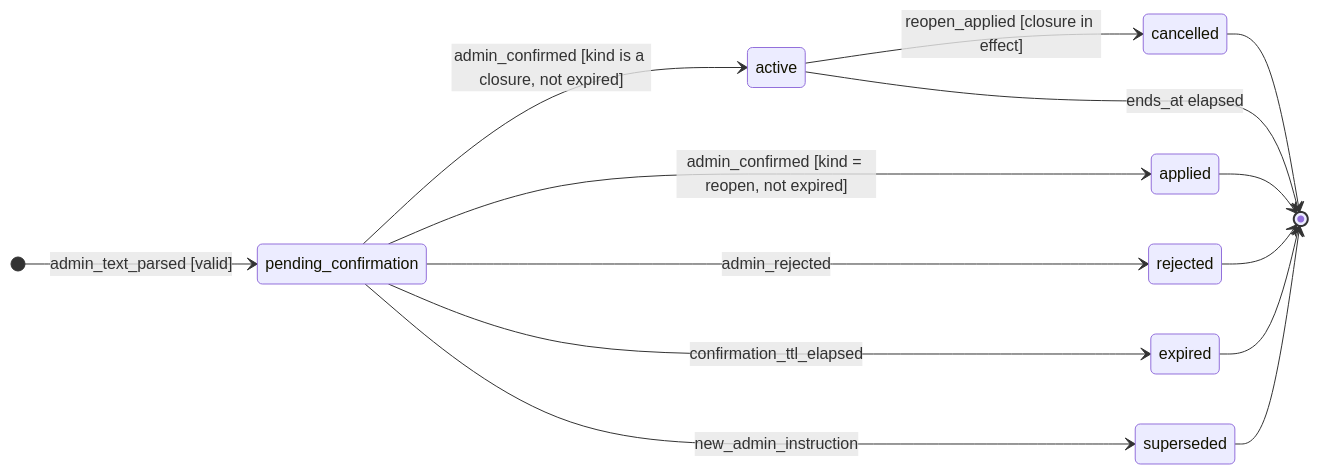
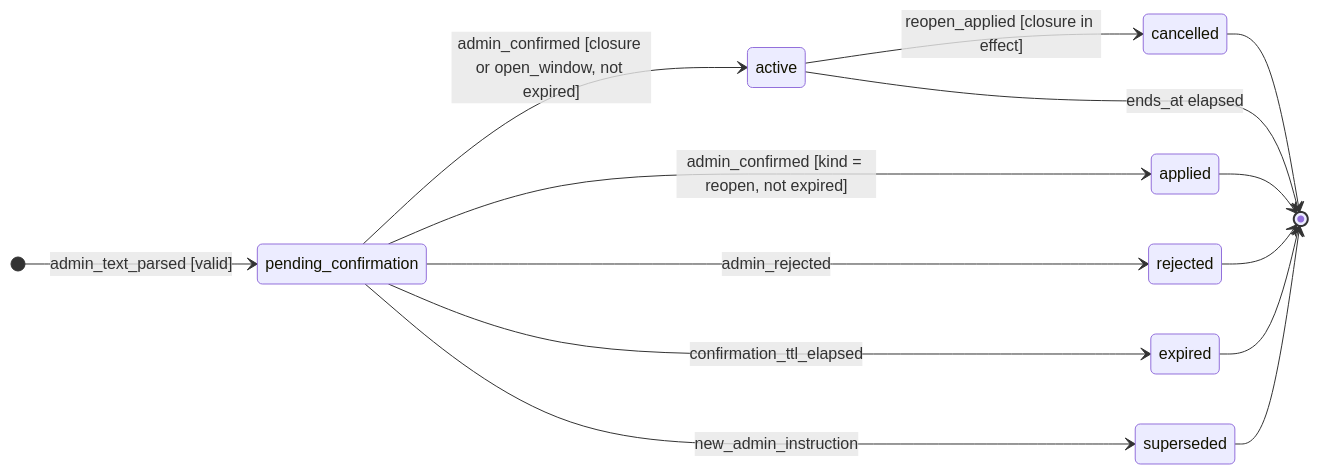
Before and after one commit to KevOrtega/ya-voy-automation-whatsapp: the second of 2 diagrams in docs/03-estados-pedido.md, drawn with Mermaid. The commit also changed other lines of this file and 8 other files, not shown here.

````diff
--- a/docs/03-estados-pedido.md
+++ b/docs/03-estados-pedido.md
@@ -130,17 +166,17 @@
 ```mermaid
 stateDiagram-v2
     direction LR
     [*] --> pending_confirmation: admin_text_parsed [valid]
-    pending_confirmation --> active: admin_confirmed [kind is a closure, not expired]
+    pending_confirmation --> active: admin_confirmed [closure or open_window, not expired]
     pending_confirmation --> applied: admin_confirmed [kind = reopen, not expired]
     pending_confirmation --> rejected: admin_rejected
     pending_confirmation --> expired: confirmation_ttl_elapsed
     pending_confirmation --> superseded: new_admin_instruction
     active --> cancelled: reopen_applied [closure in effect]
     applied --> [*]
     cancelled --> [*]
     rejected --> [*]
     expired --> [*]
     superseded --> [*]
     active --> [*]: ends_at elapsed
 ```
````
